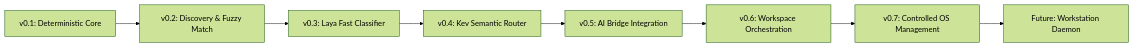
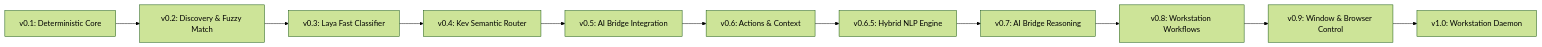
The diagram in docs/ROADMAP.md (Voidwalker-AT/AstraRun), drawn with Mermaid (forest theme) before and after one commit. The commit also changed other lines of this file and 45 other files, not shown here.

Commit message:
feat(astrarun): add hybrid NLP understanding and workflow compiler (v0.6.5)

````diff
--- a/docs/ROADMAP.md
+++ b/docs/ROADMAP.md
@@ -10,10 +10,13 @@
 ```mermaid
 flowchart LR
     v1["v0.1: Deterministic Core"] --> v2["v0.2: Discovery & Fuzzy Match"]
     v2 --> v3["v0.3: Laya Fast Classifier"]
     v3 --> v4["v0.4: Kev Semantic Router"]
     v4 --> v5["v0.5: AI Bridge Integration"]
-    v5 --> v6["v0.6: Workspace Orchestration"]
-    v6 --> v7["v0.7: Controlled OS Management"]
-    v7 --> vFinal["Future: Workstation Daemon"]
+    v5 --> v6["v0.6: Actions & Context"]
+    v6 --> v65["v0.6.5: Hybrid NLP Engine"]
+    v65 --> v7["v0.7: AI Bridge Reasoning"]
+    v7 --> v8["v0.8: Workstation Workflows"]
+    v8 --> v9["v0.9: Window & Browser Control"]
+    v9 --> vFinal["v1.0: Workstation Daemon"]
 ```
````
